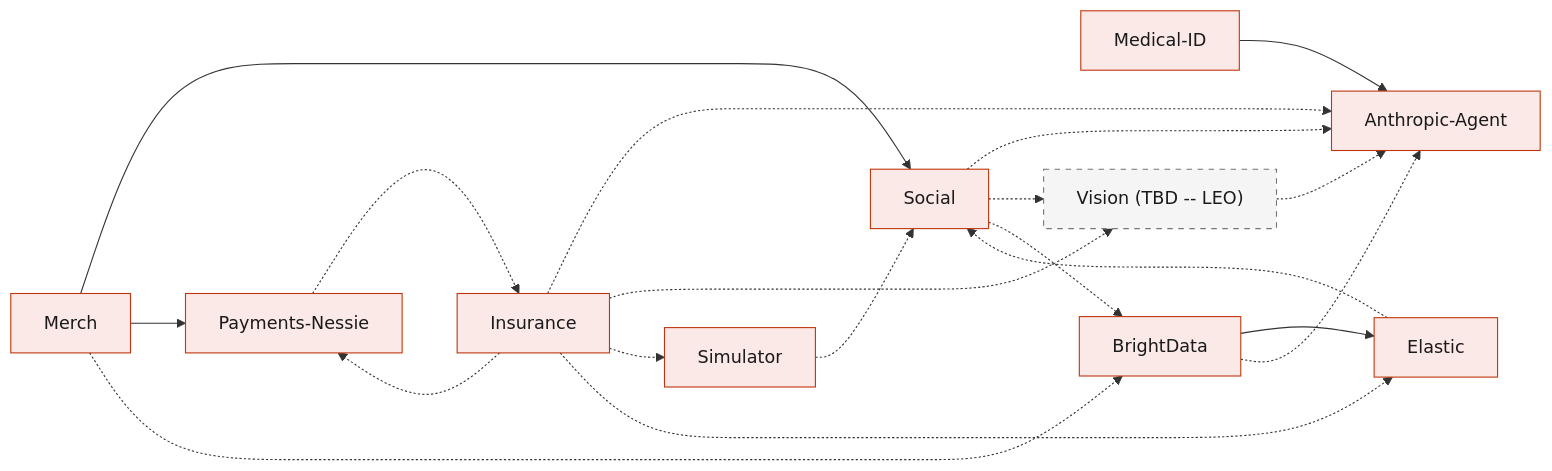
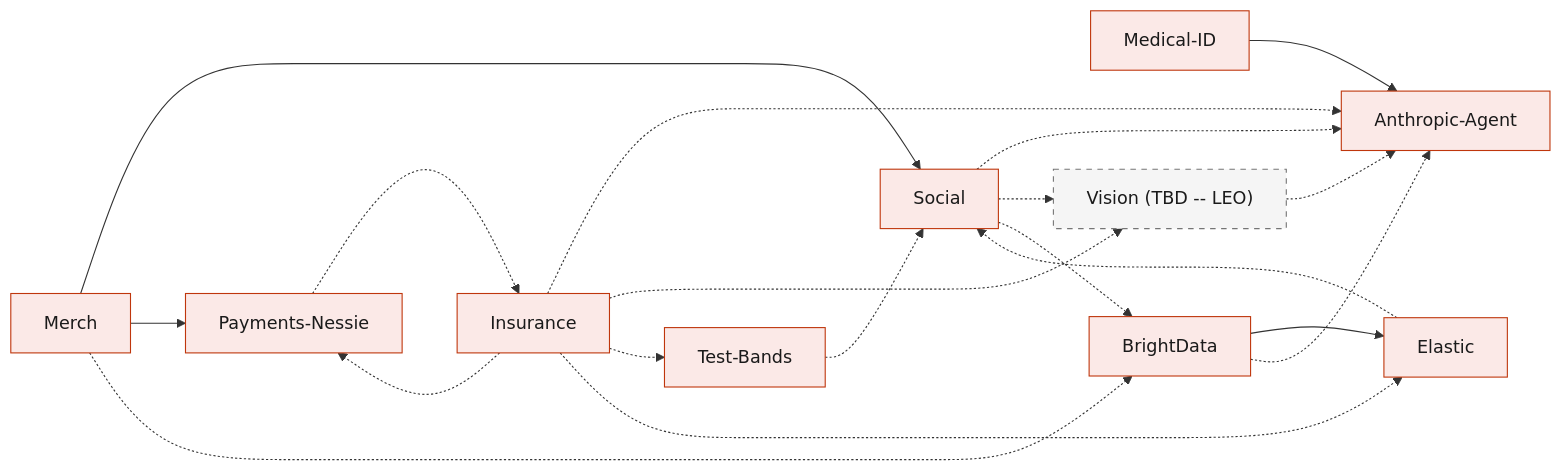
The diagram in System Design/README.md (viktorinkov/cal-hacks-13), drawn with Mermaid before and after one commit. The commit also changed other lines of this file and 22 other files, not shown here.

````diff
--- a/System Design/README.md
+++ b/System Design/README.md
@@ -59,37 +59,37 @@
 ```mermaid
 flowchart LR
   Merch["Merch"]
   Hyp["Insurance"]
   Soc["Social"]
   Ela["Elastic"]
   Med["Medical-ID"]
   AI["Anthropic-Agent"]
   BD["BrightData"]
   Pay["Payments-Nessie"]
   Vision["Vision (TBD -- LEO)"]
-  Sim["Simulator"]
+  Sim["Test-Bands"]
 
   Merch --> Soc
   Merch --> Pay
   Merch -.-> BD
   Pay -.-> Hyp
   Hyp -.-> Pay
   Hyp -.-> AI
   Hyp -.-> Vision
   Hyp -.-> Sim
   Hyp -.-> Ela
   Med --> AI
   Soc -.-> AI
   Soc -.-> Vision
   Soc -.-> BD
   Sim -.-> Soc
   BD --> Ela
   BD -.-> AI
   Ela -.-> Soc
   Vision -.-> AI
 
   classDef rust fill:#FBE9E7,stroke:#BF360C,color:#1A1A1A
   classDef tbd fill:#F5F5F5,stroke:#757575,color:#1A1A1A,stroke-dasharray:5 5
   class Merch,Hyp,Soc,Ela,Med,AI,BD,Pay,Sim rust
   class Vision tbd
 ```
````
